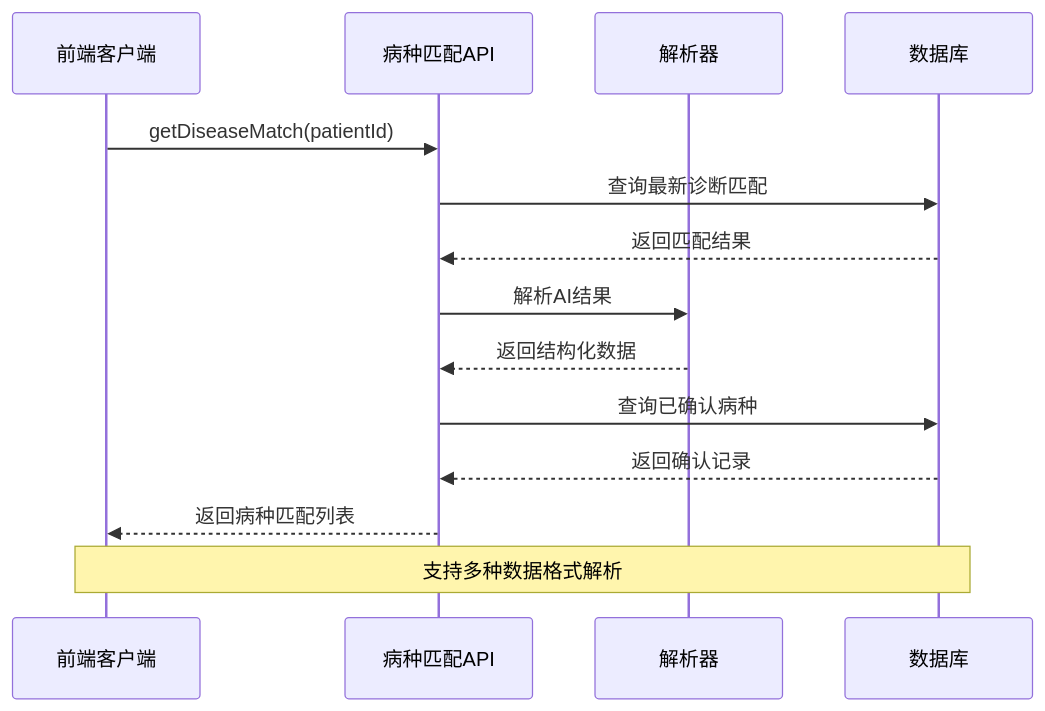
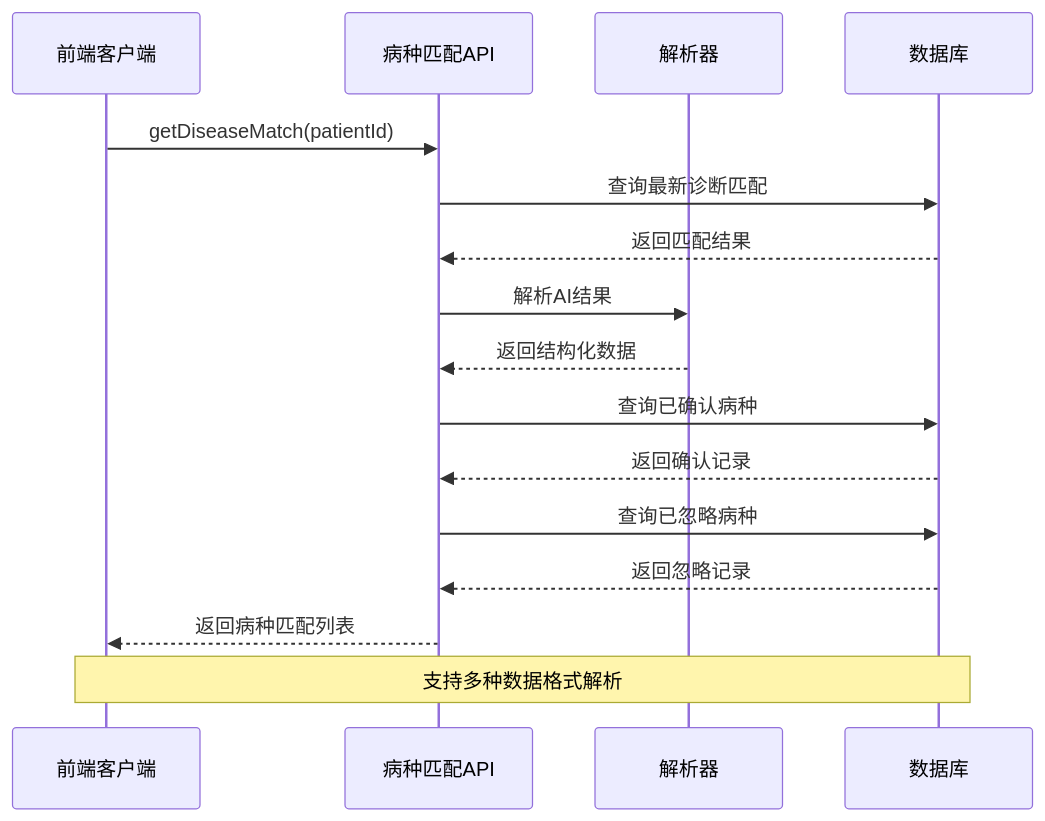
Diagram 12 of 14 in .qoder/repowiki/zh/content/临床指引Tab.md (liuzh2008/med_ai_assistant_workspace), drawn with Mermaid before and after one commit. The commit also changed other lines of this file and 5 other files, not shown here.

````diff
--- a/.qoder/repowiki/zh/content/临床指引Tab.md
+++ b/.qoder/repowiki/zh/content/临床指引Tab.md
@@ -381,16 +572,18 @@
 ```mermaid
 sequenceDiagram
 participant Client as 前端客户端
 participant API as 病种匹配API
 participant Parser as 解析器
 participant DB as 数据库
 Client->>API : getDiseaseMatch(patientId)
 API->>DB : 查询最新诊断匹配
 DB-->>API : 返回匹配结果
 API->>Parser : 解析AI结果
 Parser-->>API : 返回结构化数据
 API->>DB : 查询已确认病种
 DB-->>API : 返回确认记录
+API->>DB : 查询已忽略病种
+DB-->>API : 返回忽略记录
 API-->>Client : 返回病种匹配列表
 Note over Client,DB : 支持多种数据格式解析
 ```
````
